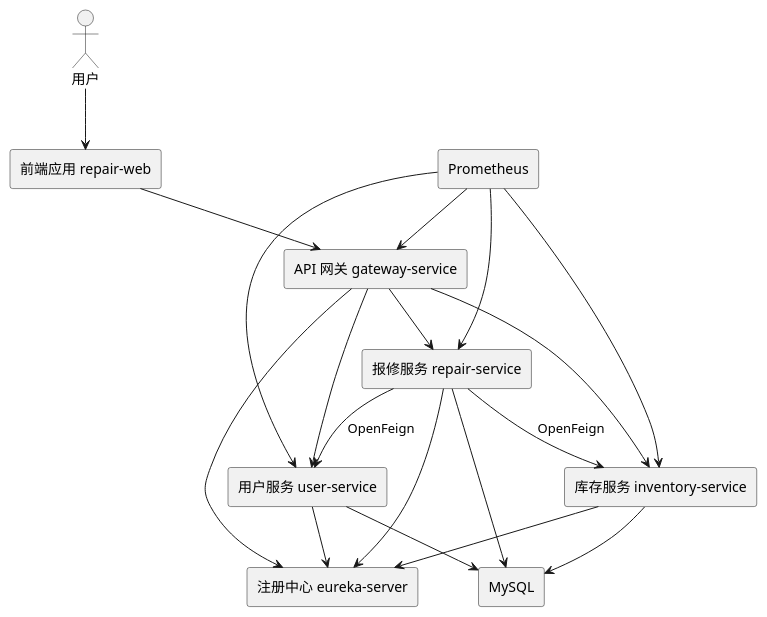
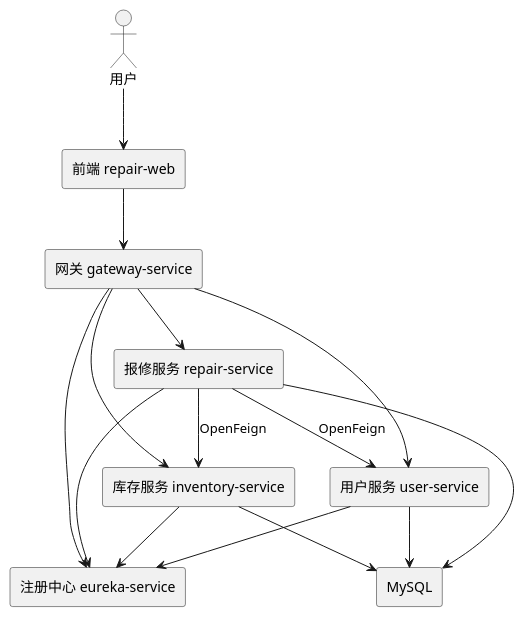
One commit to XuQizhe1021/Cloud-Native changed the first of 2 diagrams in docs/02-技术架构文档.md. Above: the diagram before and after it, drawn with PlantUML. The commit also changed other lines of this file and 1 other file, not shown here.

````diff
--- a/docs/02-技术架构文档.md
+++ b/docs/02-技术架构文档.md
@@ -29,36 +117,30 @@
 ```plantuml
 @startuml
 actor 用户
-rectangle "前端应用 repair-web" as web
-rectangle "API 网关 gateway-service" as gateway
+rectangle "前端 repair-web" as web
+rectangle "网关 gateway-service" as gateway
+rectangle "注册中心 eureka-service" as eureka
 rectangle "用户服务 user-service" as user
+rectangle "库存服务 inventory-service" as inventory
 rectangle "报修服务 repair-service" as repair
-rectangle "库存服务 inventory-service" as inventory
-rectangle "注册中心 eureka-server" as eureka
 rectangle "MySQL" as mysql
-rectangle "Prometheus" as prom
 
 用户 --> web
 web --> gateway
 gateway --> user
+gateway --> inventory
 gateway --> repair
-gateway --> inventory
 
 user --> eureka
+inventory --> eureka
 repair --> eureka
-inventory --> eureka
 gateway --> eureka
 
 repair --> user : OpenFeign
 repair --> inventory : OpenFeign
 
 user --> mysql
+inventory --> mysql
 repair --> mysql
-inventory --> mysql
-
-prom --> gateway
-prom --> user
-prom --> repair
-prom --> inventory
 @enduml
 ```
````
